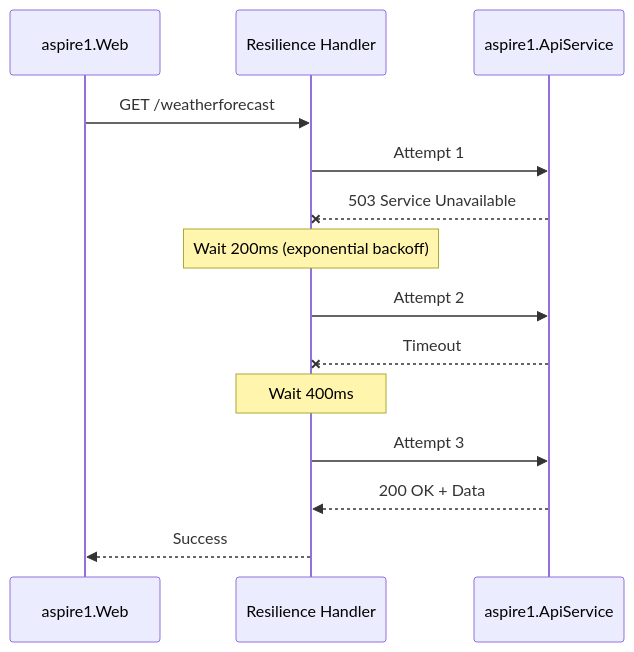
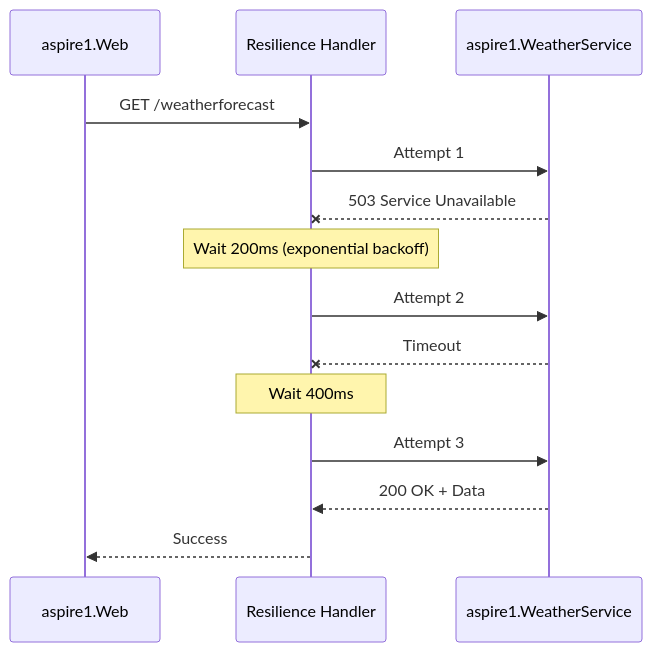
The second of 3 diagrams in aspire1.ServiceDefaults/ARCHITECTURE.md (rbmathis/aspire1), drawn with Mermaid before and after one commit. The commit also changed other lines of this file and 5 other files, not shown here.

First line of the commit message:
Align architecture documentation with actual codebase implementation (#20)

````diff
--- a/aspire1.ServiceDefaults/ARCHITECTURE.md
+++ b/aspire1.ServiceDefaults/ARCHITECTURE.md
@@ -386,17 +386,17 @@
 ```mermaid
 sequenceDiagram
     participant Web as aspire1.Web
     participant Polly as Resilience Handler
-    participant API as aspire1.ApiService
+    participant API as aspire1.WeatherService
 
     Web->>Polly: GET /weatherforecast
     Polly->>API: Attempt 1
     API--xPolly: 503 Service Unavailable
     Note over Polly: Wait 200ms (exponential backoff)
     Polly->>API: Attempt 2
     API--xPolly: Timeout
     Note over Polly: Wait 400ms
     Polly->>API: Attempt 3
     API-->>Polly: 200 OK + Data
     Polly-->>Web: Success
 ```
````
